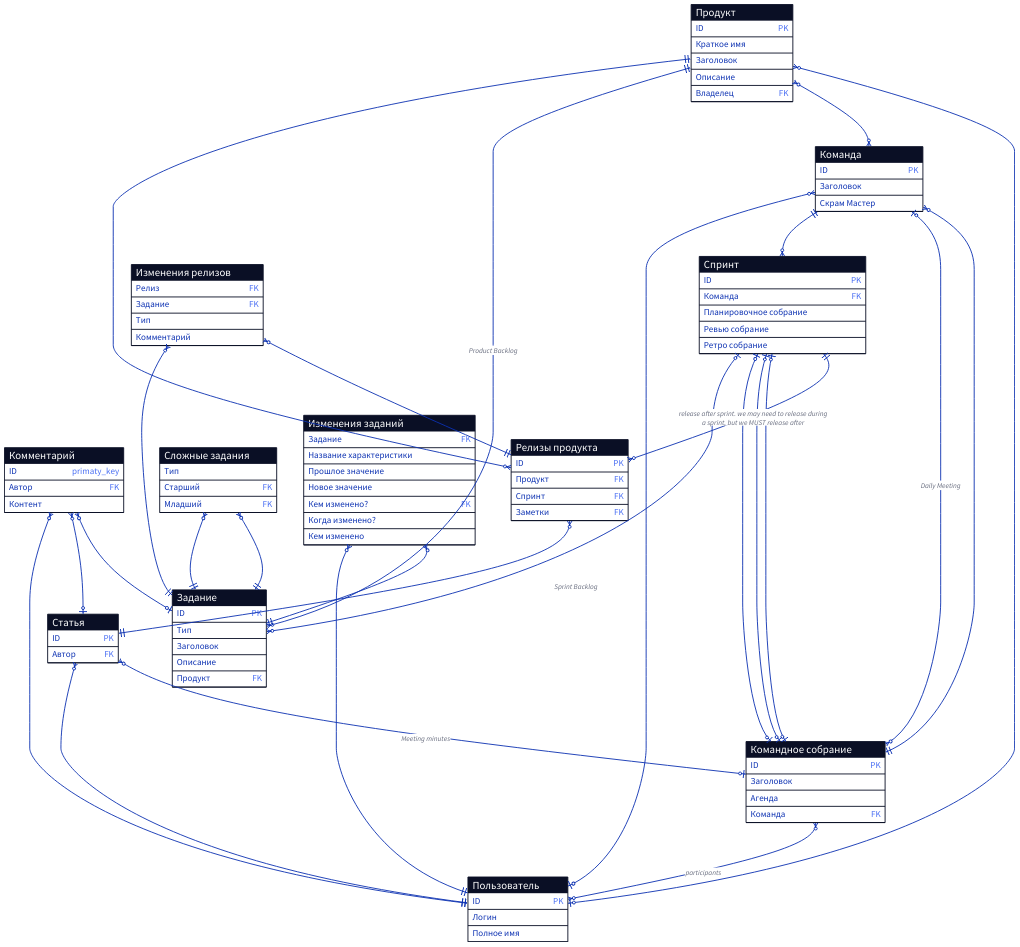
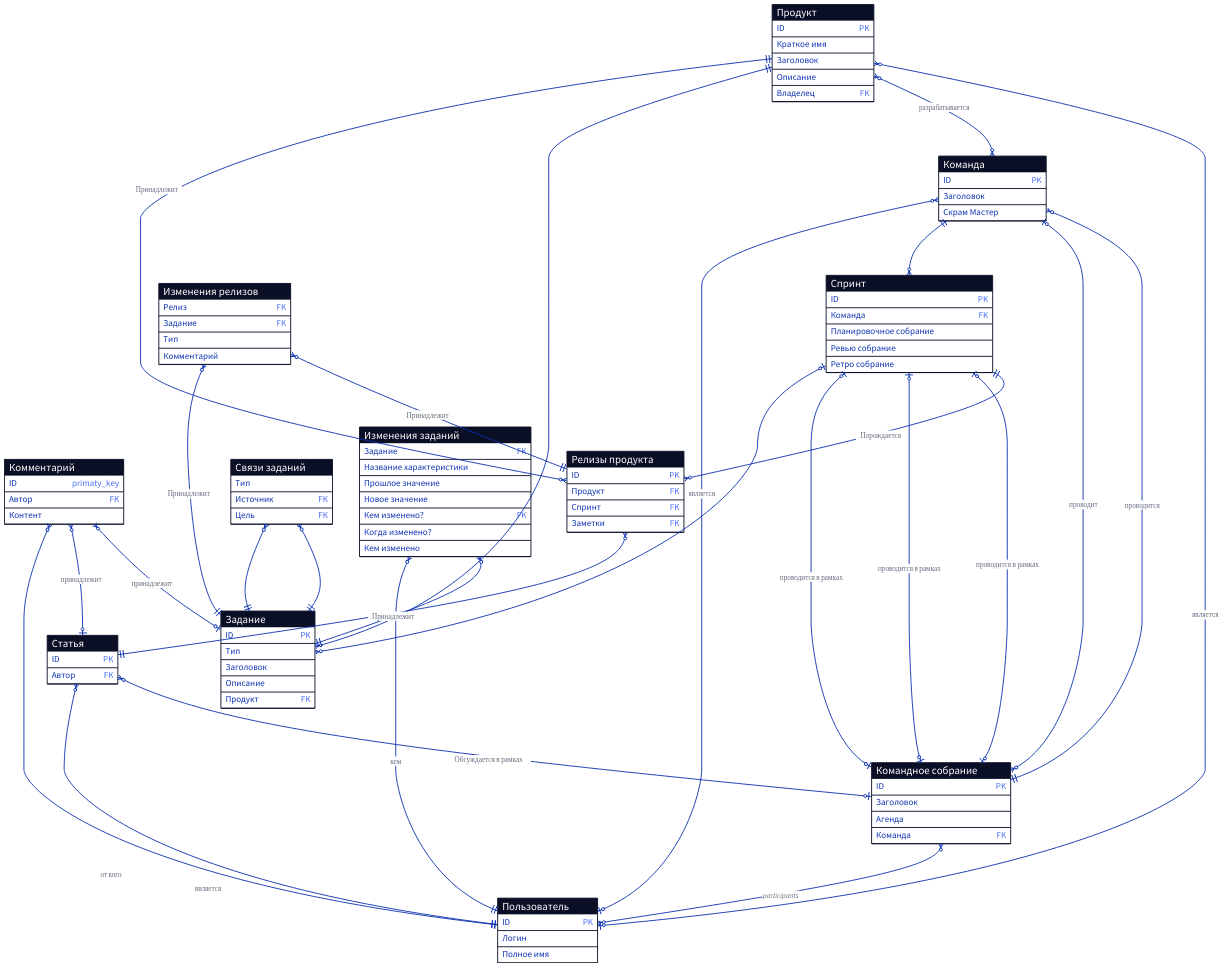
The diagram in docs/infological.d2 (forafox/Zadachnik), drawn with D2 before and after one commit.

Commit message:
feat(infological): add labels and translate to ru language

```diff
--- a/docs/infological.d2
+++ b/docs/infological.d2
@@ -56,7 +56,7 @@
   Заметки {constraint: foreign_key}
 }
 
-"Релизы продукта".Заметки <-> Статья: {
+"Релизы продукта".Заметки <-> Статья: Принадлежит {
   source-arrowhead: {
     shape: cf-many
   }
@@ -73,7 +73,7 @@
   Комментарий
 }
 
-"Изменения релизов".Релиз <-> "Релизы продукта": {
+"Изменения релизов".Релиз <-> "Релизы продукта": Принадлежит {
   source-arrowhead: {
     shape: cf-many
   }
@@ -82,7 +82,7 @@
   }
 }
 
-"Изменения релизов".Задание <-> Задание: {
+"Изменения релизов".Задание <-> Задание: Принадлежит {
   source-arrowhead: {
     shape: cf-many
   }
@@ -91,17 +91,16 @@
   }
 }
 
-Спринт <-> "Релизы продукта".Спринт: {
+Спринт <-> "Релизы продукта".Спринт: Порождается {
   source-arrowhead: {
     shape: cf-one-required
   }
   target-arrowhead: {
     shape: cf-many
   }
-  label: "release after sprint. we may need to release during\na sprint, but we MUST release after"
 }
 
-"Релизы продукта".Продукт <-> Продукт: {
+"Релизы продукта".Продукт <-> Продукт: Принадлежит {
   source-arrowhead: {
     shape: cf-many
   }
@@ -110,17 +109,16 @@
   }
 }
 
-Статья <-> "Командное собрание": {
+Статья <-> "Командное собрание": Обсуждается в рамках{
   source-arrowhead: {
     shape: cf-many
   }
   target-arrowhead: {
     shape: cf-one
   }
-  label: "Meeting minutes"
 }
 
-Статья.Автор <-> Пользователь: {
+Статья.Автор <-> Пользователь: является {
   source-arrowhead: {
     shape: cf-many
   }
@@ -129,7 +127,7 @@
   }
 }
 
-Команда <-> "Командное собрание".Команда: {
+Команда <-> "Командное собрание".Команда: проводится{
   source-arrowhead: {
     shape: cf-many
   }
@@ -138,7 +136,7 @@
   }
 }
 
-Спринт."Планировочное собрание" <-> "Командное собрание": {
+Спринт."Планировочное собрание" <-> "Командное собрание": проводится в рамках {
   source-arrowhead: {
     shape: cf-one
   }
@@ -147,7 +145,7 @@
   }
 }
 
-Спринт."Ревью собрание" <-> "Командное собрание": {
+Спринт."Ревью собрание" <-> "Командное собрание": проводится в рамках {
   source-arrowhead: {
     shape: cf-one
   }
@@ -156,7 +154,7 @@
   }
 }
 
-Спринт."Ретро собрание" <-> "Командное собрание": {
+Спринт."Ретро собрание" <-> "Командное собрание": проводится в рамках {
   source-arrowhead: {
     shape: cf-one
   }
@@ -165,8 +163,7 @@
   }
 }
 
-Команда <-> "Командное собрание": {
-  label: "Daily Meeting"
+Команда <-> "Командное собрание": проводит {
   source-arrowhead: {
     shape: cf-one
   }
@@ -175,7 +172,7 @@
   }
 }
 
-"Командное собрание" <-> Пользователь: {
+"Командное собрание" <-> Пользователь: участвует {
   label: "participants"
   source-arrowhead: {
     shape: cf-many
@@ -185,7 +182,7 @@
   }
 }
 
-Комментарий <-> Задание: {
+Комментарий <-> Задание: принадлежит {
   source-arrowhead: {
     shape: cf-many
   }
@@ -194,7 +191,7 @@
   }
 }
 
-Комментарий <-> Статья: {
+Комментарий <-> Статья: принадлежит {
   source-arrowhead: {
     shape: cf-many
   }
@@ -203,7 +200,7 @@
   }
 }
 
-Комментарий. <-> Пользователь: {
+Комментарий. <-> Пользователь: от кого {
   source-arrowhead: {
     shape: cf-many
   }
@@ -221,7 +218,7 @@
   }
 }
 
-Команда."Скрам Мастер" <-> Пользователь: {
+Команда."Скрам Мастер" <-> Пользователь: является {
   source-arrowhead: {
     shape: cf-many
   }
@@ -230,7 +227,7 @@
   }
 }
 
-Продукт.Владелец <-> Пользователь: {
+Продукт.Владелец <-> Пользователь: является {
   source-arrowhead: {
     shape: cf-many
   }
@@ -239,7 +236,7 @@
   }
 }
 
-Продукт <-> Команда: {
+Продукт <-> Команда: разрабатывается {
   source-arrowhead: {
     shape: cf-many
   }
@@ -257,14 +254,14 @@
   Продукт {constraint: foreign_key}
 }
 
-"Сложные задания": {
+"Связи заданий": {
   shape: sql_table
   Тип
-  Старший {constraint: foreign_key}
-  Младший {constraint: foreign_key}
+  Источник {constraint: foreign_key}
+  Цель {constraint: foreign_key}
 }
 
-"Сложные задания".Старший <-> Задание: {
+"Связи заданий".Источник <-> Задание: {
   source-arrowhead: {
     shape: cf-many
   }
@@ -273,7 +270,7 @@
   }
 }
 
-"Сложные задания".младший <-> Задание: {
+"Связи заданий".Цель <-> Задание: {
   source-arrowhead: {
     shape: cf-many
   }
@@ -289,7 +286,6 @@
   target-arrowhead: {
     shape: cf-many
   }
-  label: "Product Backlog"
 }
 
 Спринт.ID <-> Задание.ID: {
@@ -299,7 +295,6 @@
   target-arrowhead: {
     shape: cf-many
   }
-  label: "Sprint Backlog"
 }
 
 "Изменения заданий": {
@@ -320,7 +315,7 @@
     shape: cf-many
   }
 }
-"Изменения заданий"."Кем изменено" <-> Пользователь: {
+"Изменения заданий"."Кем изменено" <-> Пользователь: кем {
   target-arrowhead: {
     shape: cf-one-required
   }
```
